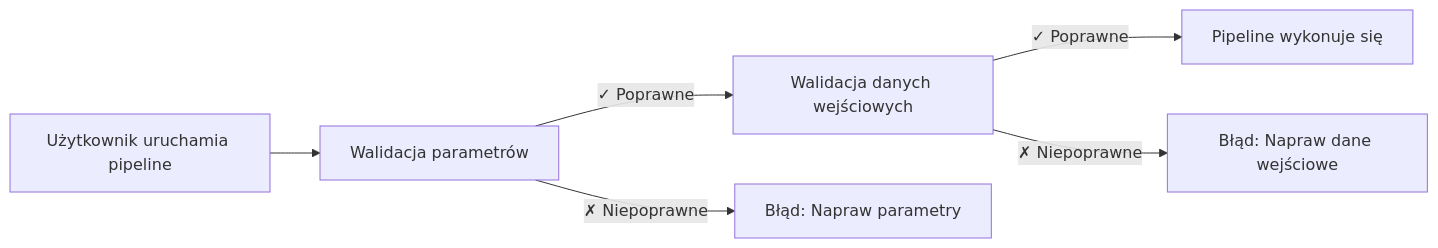
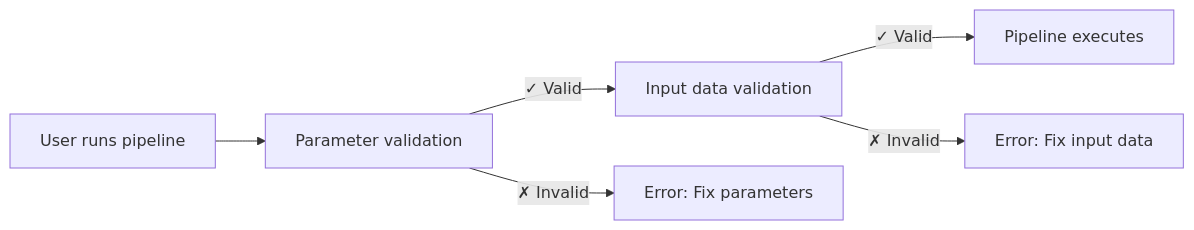
One commit to GrootJ/nextflow_training changed the diagram in docs/pl/docs/hello_nf-core/05_input_validation.md. Above: the diagram before and after it, drawn with Mermaid. The commit also changed other lines of this file and 534 other files, not shown here.

````diff
--- a/docs/pl/docs/hello_nf-core/05_input_validation.md
+++ b/docs/pl/docs/hello_nf-core/05_input_validation.md
@@ -126,8 +126,8 @@
 ```mermaid
 graph LR
-    A[Użytkownik uruchamia pipeline] --> B[Walidacja parametrów]
-    B -->|✓ Poprawne| C[Walidacja danych wejściowych]
-    B -->|✗ Niepoprawne| D[Błąd: Napraw parametry]
-    C -->|✓ Poprawne| E[Pipeline wykonuje się]
-    C -->|✗ Niepoprawne| F[Błąd: Napraw dane wejściowe]
+    A[User runs pipeline] --> B[Parameter validation]
+    B -->|✓ Valid| C[Input data validation]
+    B -->|✗ Invalid| D[Error: Fix parameters]
+    C -->|✓ Valid| E[Pipeline executes]
+    C -->|✗ Invalid| F[Error: Fix input data]
 ```
````
